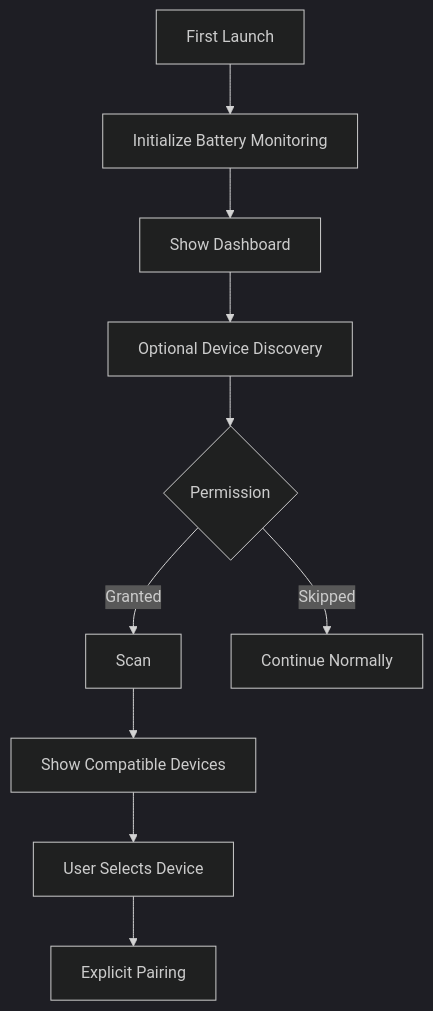
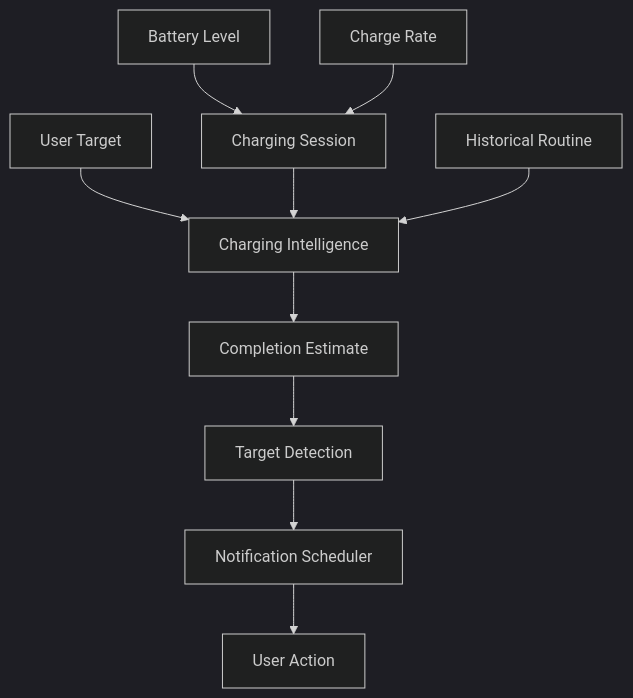
One commit to lucylow/battery_tracker_mobile changed diagram 11 of 25 in README.md. Above: the diagram before and after it, drawn with Mermaid (dark theme). The commit also changed other lines of this file, not shown here.

````diff
--- a/README.md
+++ b/README.md
@@ -885,12 +735,12 @@
 ```mermaid
 flowchart TD
-    A[First Launch] --> B[Initialize Battery Monitoring]
-    B --> C[Show Dashboard]
-    C --> D[Optional Device Discovery]
-    D --> E{Permission}
-    E -->|Granted| F[Scan]
-    E -->|Skipped| G[Continue Normally]
-    F --> H[Show Compatible Devices]
-    H --> I[User Selects Device]
-    I --> J[Explicit Pairing]
+    A[Battery Level] --> D[Charging Session]
+    B[Charge Rate] --> D
+    C[User Target] --> F[Charging Intelligence]
+    D --> F
+    E[Historical Routine] --> F
+    F --> G[Completion Estimate]
+    G --> H[Target Detection]
+    H --> I[Notification Scheduler]
+    I --> J[User Action]
 ```
````
